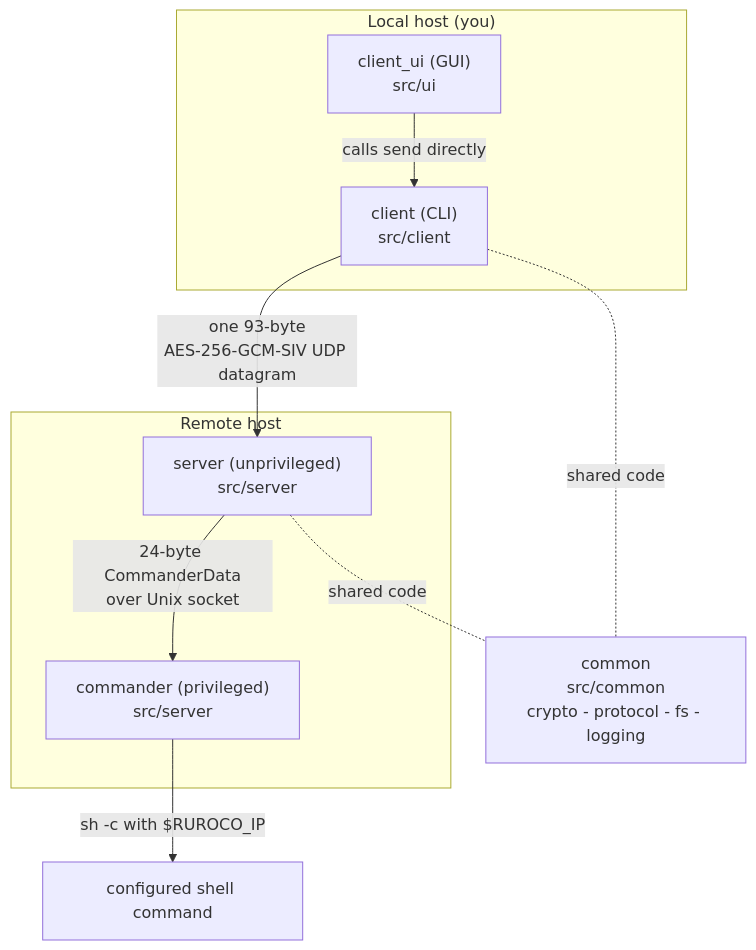
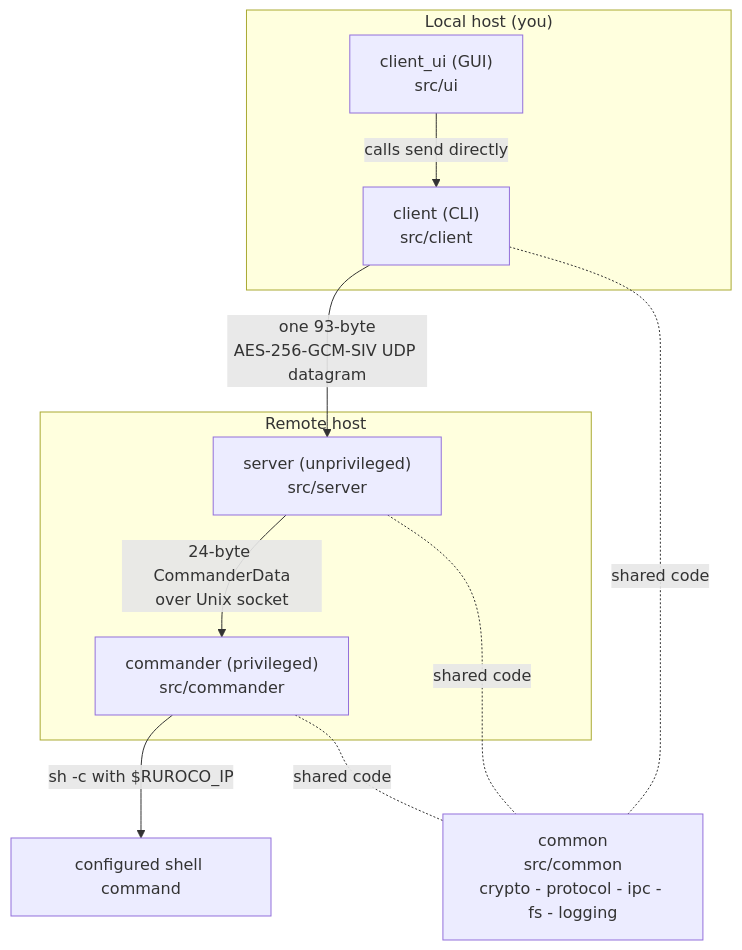
The second of 2 diagrams in docs/src/architecture/overview.md (beac0n/ruroco), drawn with Mermaid before and after one commit. The commit also changed other lines of this file and 45 other files, not shown here.

````diff
--- a/docs/src/architecture/overview.md
+++ b/docs/src/architecture/overview.md
@@ -84,19 +84,20 @@
 ```mermaid
 flowchart TB
     subgraph local["Local host (you)"]
         UI["client_ui (GUI)<br/>src/ui"]
         CLI["client (CLI)<br/>src/client"]
         UI -->|calls send directly| CLI
     end
     subgraph remote["Remote host"]
         SRV["server (unprivileged)<br/>src/server"]
-        CMD["commander (privileged)<br/>src/server"]
+        CMD["commander (privileged)<br/>src/commander"]
         SRV -->|24-byte CommanderData<br/>over Unix socket| CMD
     end
     CLI -->|"one 93-byte<br/>AES-256-GCM-SIV UDP datagram"| SRV
     CMD -->|"sh -c with $RUROCO_IP"| OS["configured shell command"]
 
-    COM["common<br/>src/common<br/>crypto - protocol - fs - logging"]
+    COM["common<br/>src/common<br/>crypto - protocol - ipc - fs - logging"]
     CLI -.shared code.- COM
     SRV -.shared code.- COM
+    CMD -.shared code.- COM
 ```
````
